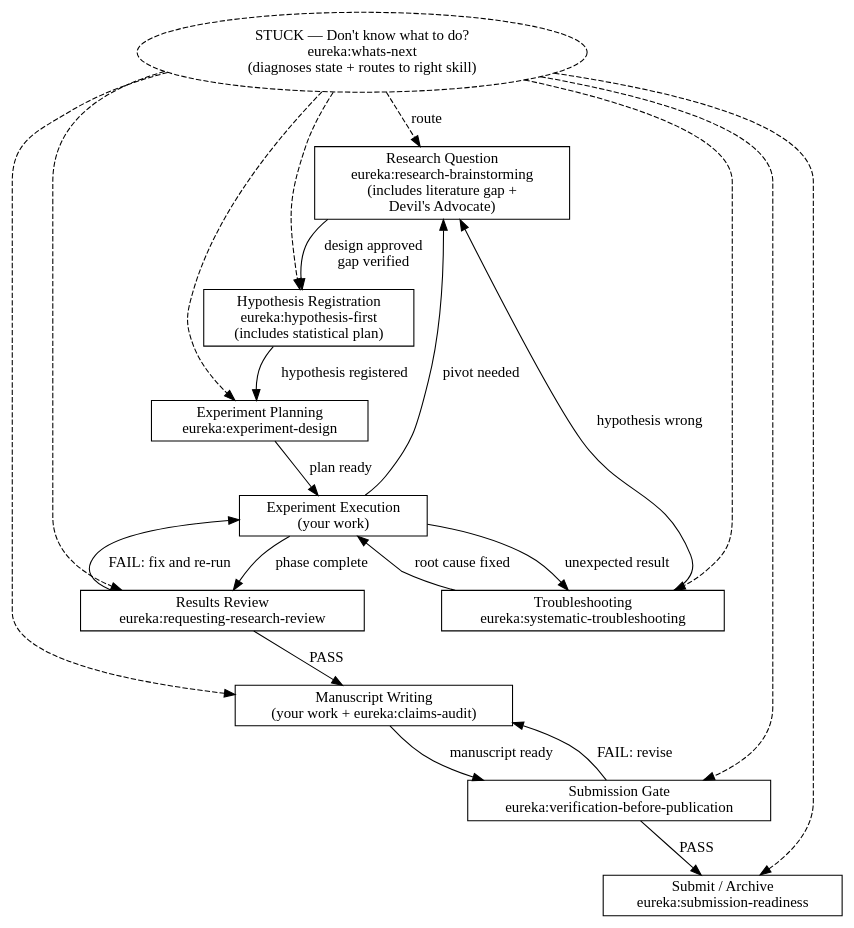
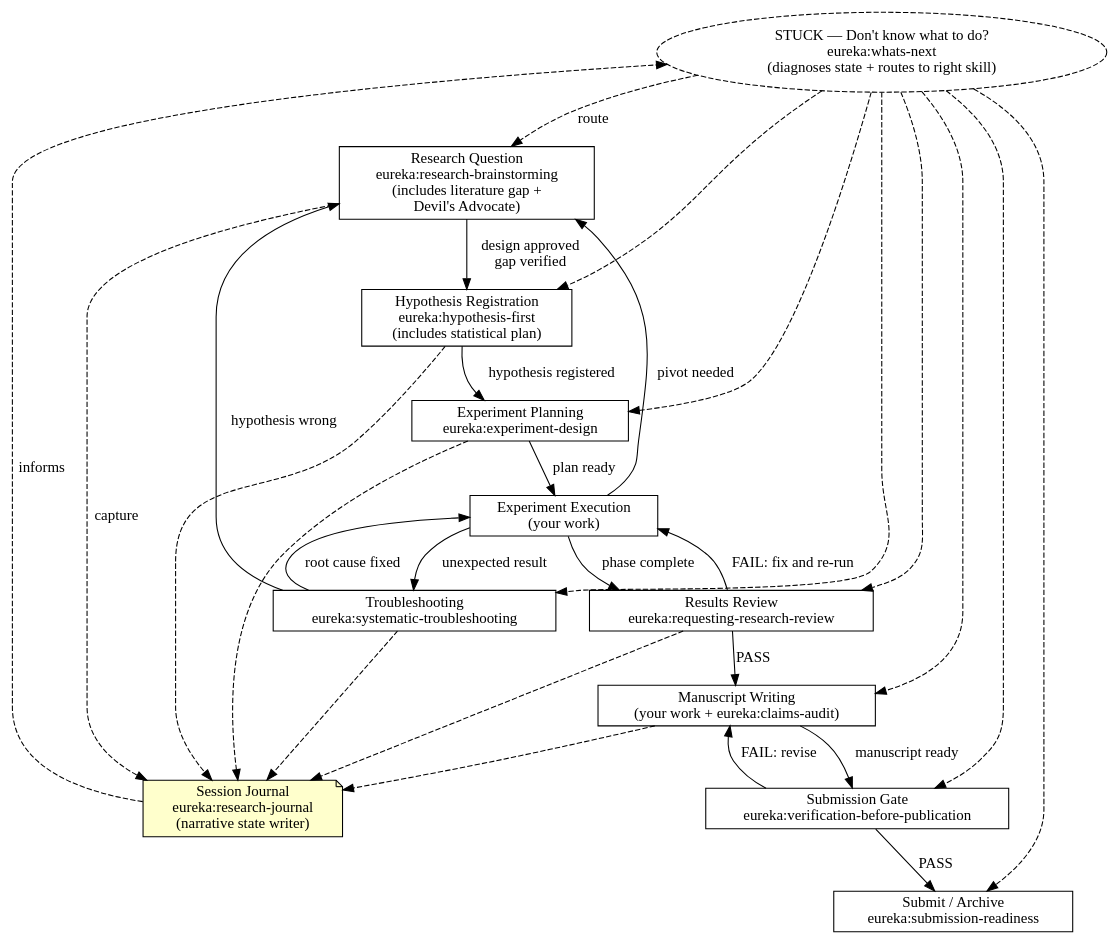
One commit to jeonnoin-alt/Eureka changed the second of 2 diagrams in skills/using-eureka/SKILL.md. Above: the diagram before and after it, drawn with Graphviz. The commit also changed other lines of this file and 4 other files, not shown here.

````diff
--- a/skills/using-eureka/SKILL.md
+++ b/skills/using-eureka/SKILL.md
@@ -88,40 +88,49 @@
 ```dot
 digraph research_lifecycle {
     rankdir=TB;
     node [shape=box];
 
     stuck [label="STUCK — Don't know what to do?\neureka:whats-next\n(diagnoses state + routes to right skill)", shape=ellipse, style=dashed];
+    journal [label="Session Journal\neureka:research-journal\n(narrative state writer)", shape=note, style=filled, fillcolor="#ffffcc"];
     rq [label="Research Question\neureka:research-brainstorming\n(includes literature gap +\nDevil's Advocate)"];
     hr [label="Hypothesis Registration\neureka:hypothesis-first\n(includes statistical plan)"];
     plan [label="Experiment Planning\neureka:experiment-design"];
     exp [label="Experiment Execution\n(your work)"];
     trouble [label="Troubleshooting\neureka:systematic-troubleshooting"];
     rev [label="Results Review\neureka:requesting-research-review"];
     write [label="Manuscript Writing\n(your work + eureka:claims-audit)"];
     pub [label="Submission Gate\neureka:verification-before-publication"];
     submit [label="Submit / Archive\neureka:submission-readiness"];
 
     rq -> hr [label="design approved\ngap verified"];
     hr -> plan [label="hypothesis registered"];
     plan -> exp [label="plan ready"];
     exp -> trouble [label="unexpected result"];
     trouble -> exp [label="root cause fixed"];
     trouble -> rq [label="hypothesis wrong"];
     exp -> rev [label="phase complete"];
     rev -> exp [label="FAIL: fix and re-run"];
     rev -> write [label="PASS"];
     write -> pub [label="manuscript ready"];
     pub -> write [label="FAIL: revise"];
     pub -> submit [label="PASS"];
     exp -> rq [label="pivot needed"];
 
     stuck -> rq [style=dashed, label="route"];
     stuck -> hr [style=dashed];
     stuck -> plan [style=dashed];
     stuck -> trouble [style=dashed];
     stuck -> rev [style=dashed];
     stuck -> write [style=dashed];
     stuck -> pub [style=dashed];
     stuck -> submit [style=dashed];
+
+    rq -> journal [style=dashed, label="capture"];
+    hr -> journal [style=dashed];
+    plan -> journal [style=dashed];
+    trouble -> journal [style=dashed];
+    rev -> journal [style=dashed];
+    write -> journal [style=dashed];
+    journal -> stuck [style=dashed, label="informs"];
 }
 ```
````
